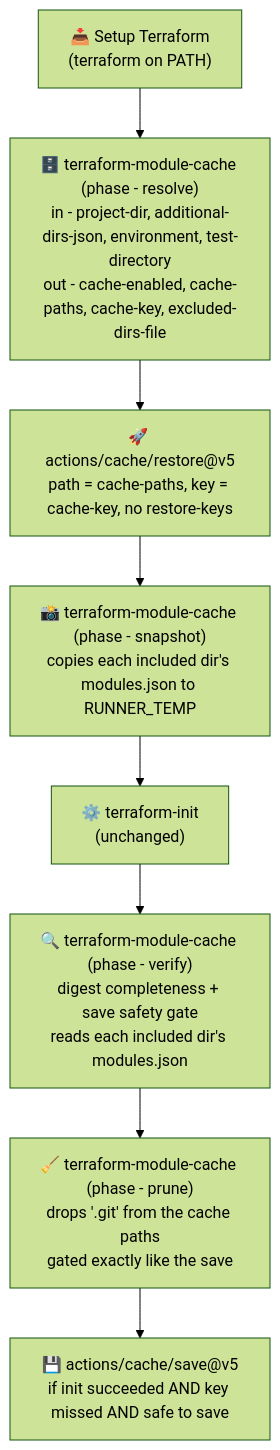
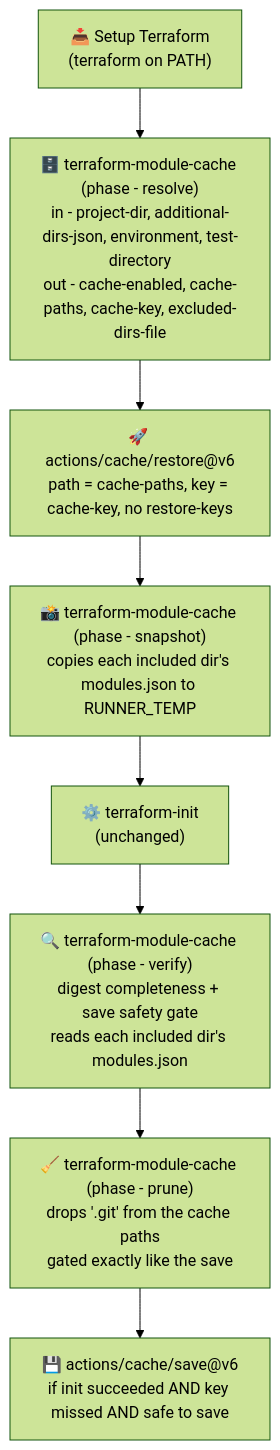
Before and after one commit to dsb-norge/github-actions-terraform: the diagram in docs/Terraform-module-cache.md, drawn with Mermaid (forest theme). The commit also changed other lines of this file and 4 other files, not shown here.

First line of the commit message:
chore: cache with actions/cache@v6

````diff
--- a/docs/Terraform-module-cache.md
+++ b/docs/Terraform-module-cache.md
@@ -212,13 +212,13 @@
 ```mermaid
 flowchart TD
     setup["📥 Setup Terraform<br>(terraform on PATH)"]
     resolve["🗄️ terraform-module-cache (phase - resolve)<br>in - project-dir, additional-dirs-json, environment, test-directory<br>out - cache-enabled, cache-paths, cache-key, excluded-dirs-file"]
-    restore["🚀 actions/cache/restore@v5<br>path = cache-paths, key = cache-key, no restore-keys"]
+    restore["🚀 actions/cache/restore@v6<br>path = cache-paths, key = cache-key, no restore-keys"]
     snap["📸 terraform-module-cache (phase - snapshot)<br>copies each included dir's modules.json to RUNNER_TEMP"]
     init["⚙️ terraform-init<br>(unchanged)"]
     verify["🔍 terraform-module-cache (phase - verify)<br>digest completeness + save safety gate<br>reads each included dir's modules.json"]
     prune["🧹 terraform-module-cache (phase - prune)<br>drops '.git' from the cache paths<br>gated exactly like the save"]
-    save["💾 actions/cache/save@v5<br>if init succeeded AND key missed AND safe to save"]
+    save["💾 actions/cache/save@v6<br>if init succeeded AND key missed AND safe to save"]
 
     setup --> resolve --> restore --> snap --> init --> verify --> prune --> save
 ```
````
